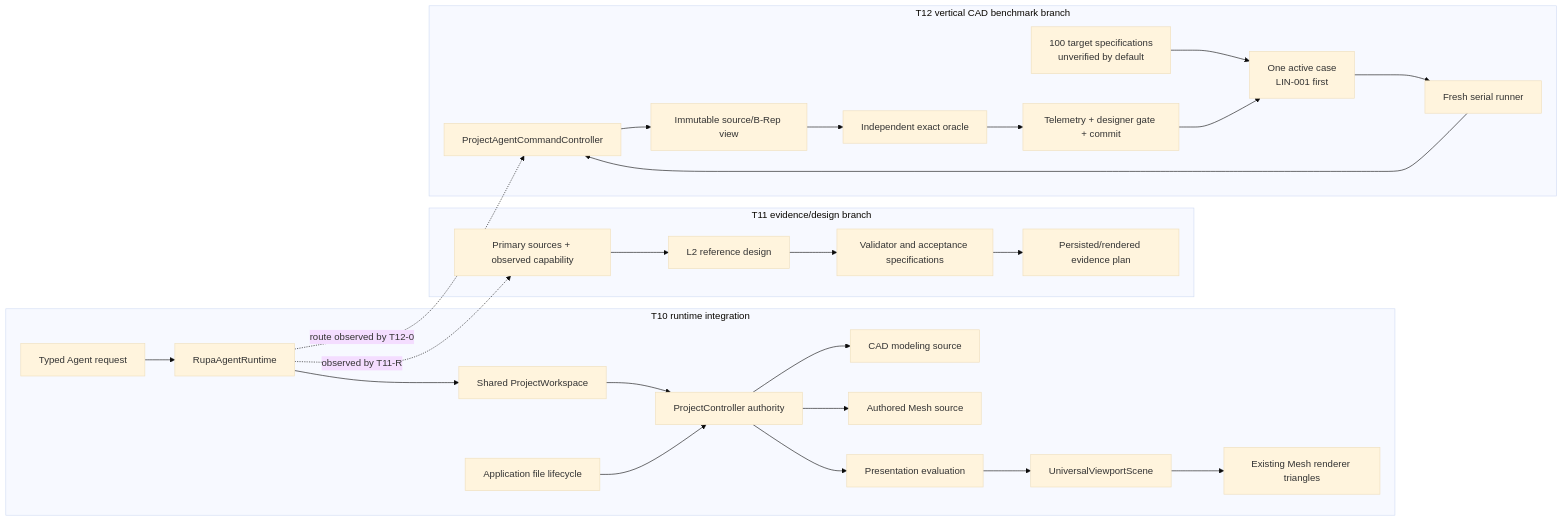
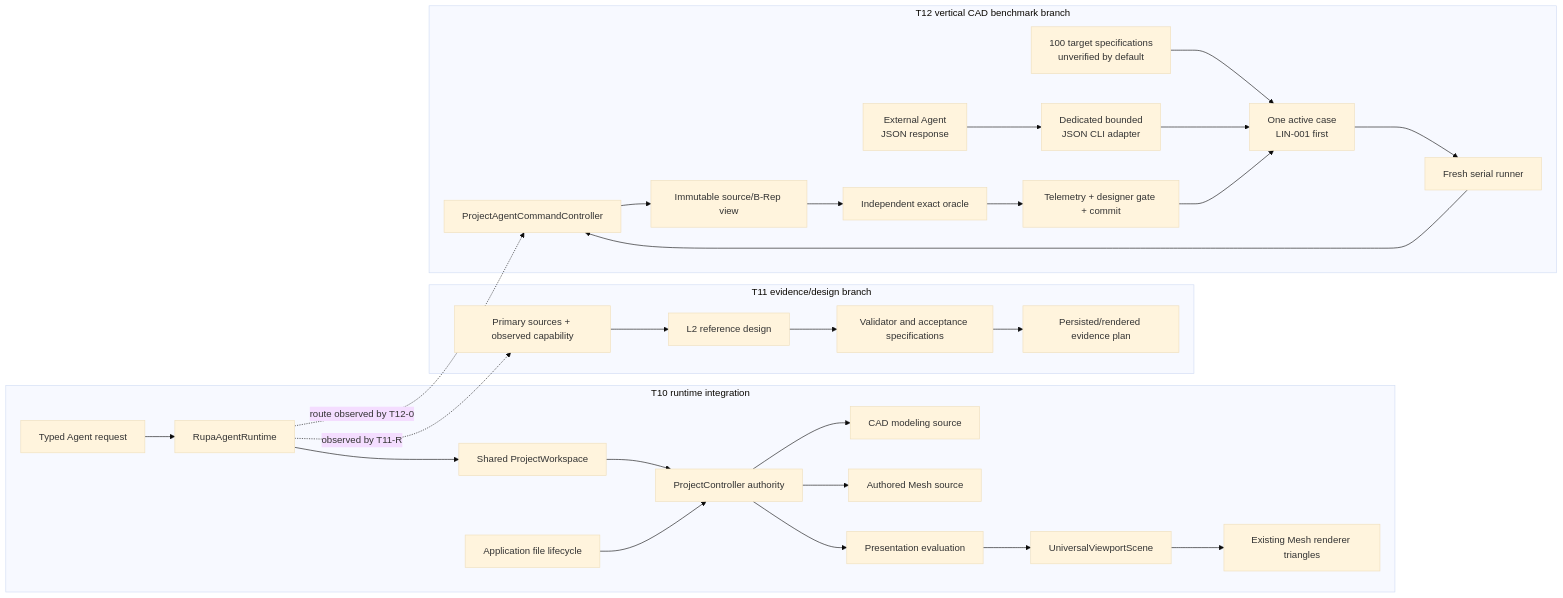
Before and after one commit to 1amageek/Rupa: the first of 3 diagrams in DESIGN.md, drawn with Mermaid (base theme). The commit also changed other lines of this file and 5 other files, not shown here.

Commit message:
Design external Agent benchmark adapter

````diff
--- a/DESIGN.md
+++ b/DESIGN.md
@@ -53,30 +59,32 @@
 ```mermaid
 flowchart LR
     subgraph T10["T10 runtime integration"]
         Agent["Typed Agent request"] --> Runtime["RupaAgentRuntime"]
         Runtime --> Workspace["Shared ProjectWorkspace"]
         Workspace --> Project["ProjectController authority"]
         Project --> CAD["CAD modeling source"]
         Project --> Mesh["Authored Mesh source"]
         Project --> Eval["Presentation evaluation"]
         Eval --> Scene["UniversalViewportScene"]
         Scene --> Render["Existing Mesh renderer triangles"]
         App["Application file lifecycle"] --> Project
     end
     subgraph T11["T11 evidence/design branch"]
         Sources["Primary sources + observed capability"] --> Reference["L2 reference design"]
         Reference --> Acceptance["Validator and acceptance specifications"]
         Acceptance --> ArtifactEvidence["Persisted/rendered evidence plan"]
     end
     subgraph T12["T12 vertical CAD benchmark branch"]
         Challenge["100 target specifications\nunverified by default"] --> Active["One active case\nLIN-001 first"]
+        External["External Agent\nJSON response"] --> Adapter["Dedicated bounded\nJSON CLI adapter"]
+        Adapter --> Active
         Active --> Runner["Fresh serial runner"]
         Runner --> AgentRoute["ProjectAgentCommandController"]
         AgentRoute --> SourceSnapshot["Immutable source/B-Rep view"]
         SourceSnapshot --> Oracle["Independent exact oracle"]
         Oracle --> Gate["Telemetry + designer gate + commit"]
         Gate --> Active
     end
     Runtime -. "observed by T11-R" .-> Sources
     Runtime -. "route observed by T12-0" .-> AgentRoute
 ```
````
